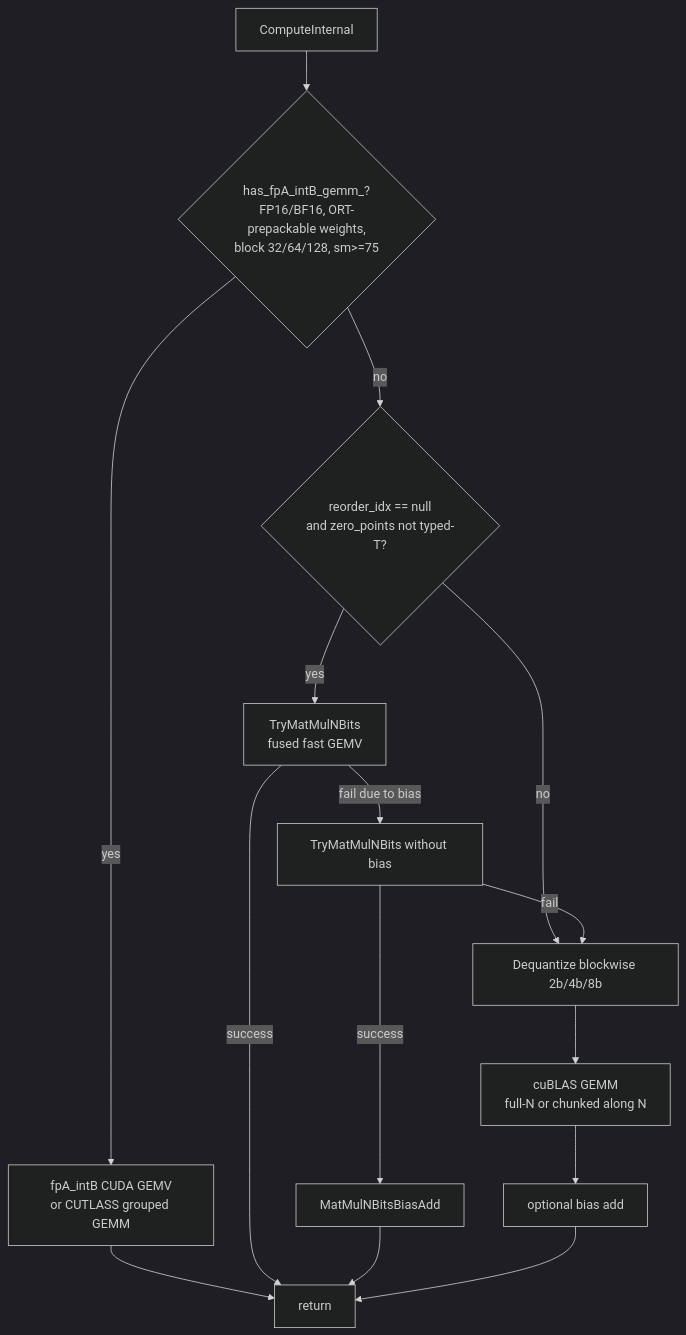
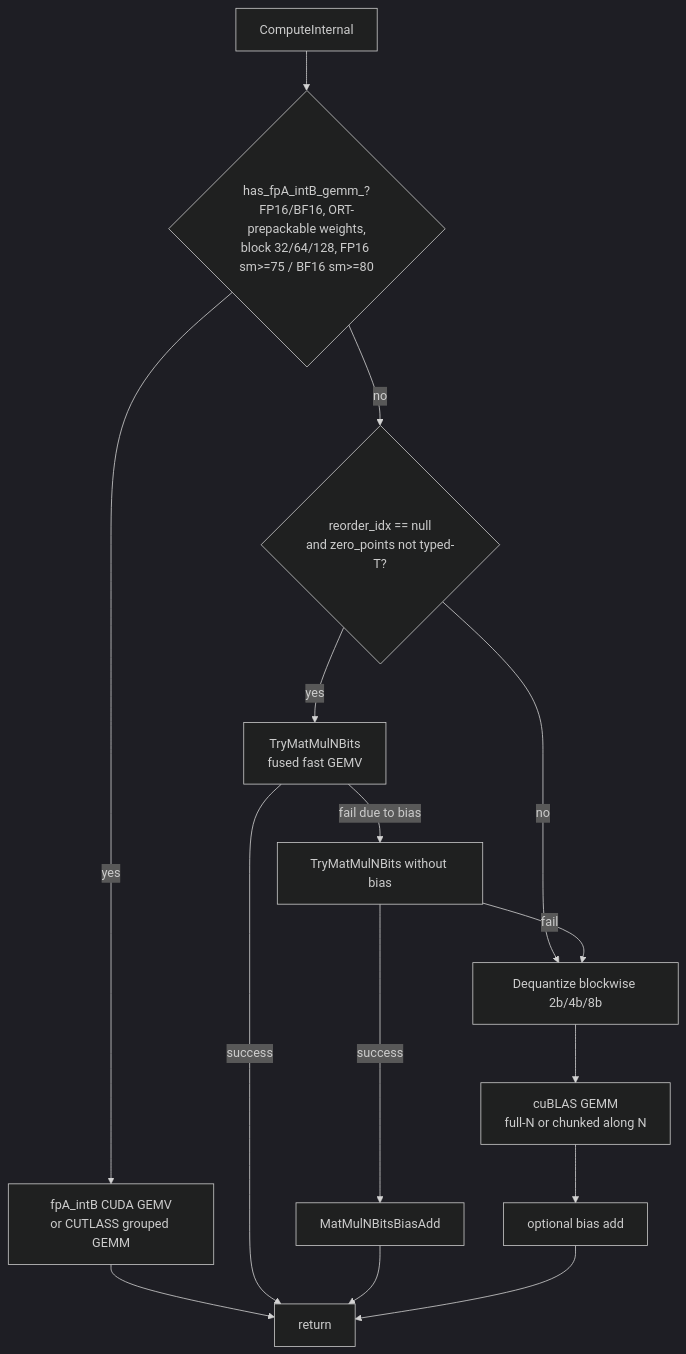
The diagram in docs/contrib_ops/cuda/matmul_nbits.md (microsoft/onnxruntime), drawn with Mermaid (dark theme) before and after one commit. The commit also changed other lines of this file and 7 other files, not shown here.

````diff
--- a/docs/contrib_ops/cuda/matmul_nbits.md
+++ b/docs/contrib_ops/cuda/matmul_nbits.md
@@ -129,14 +129,14 @@
 ```mermaid
 flowchart TD
-  A[ComputeInternal] --> F{has_fpA_intB_gemm_?<br/>FP16/BF16, ORT-prepackable weights,<br/>block 32/64/128, sm>=75}
+  A[ComputeInternal] --> F{has_fpA_intB_gemm_?<br/>FP16/BF16, ORT-prepackable weights,<br/>block 32/64/128, FP16 sm>=75 / BF16 sm>=80}
   F -- yes --> FP[fpA_intB CUDA GEMV<br/>or CUTLASS grouped GEMM] --> R[return]
   F -- no --> G{reorder_idx == null<br/>and zero_points not typed-T?}
   G -- no --> DQ
   G -- yes --> T1[TryMatMulNBits<br/>fused fast GEMV]
   T1 -- success --> R
   T1 -- fail due to bias --> T2[TryMatMulNBits without bias]
   T2 -- success --> BIAS[MatMulNBitsBiasAdd] --> R
   T2 -- fail --> DQ
   DQ[Dequantize blockwise 2b/4b/8b] --> GEMM[cuBLAS GEMM<br/>full-N or chunked along N]
   GEMM --> BIAS2[optional bias add] --> R
 ```
````
